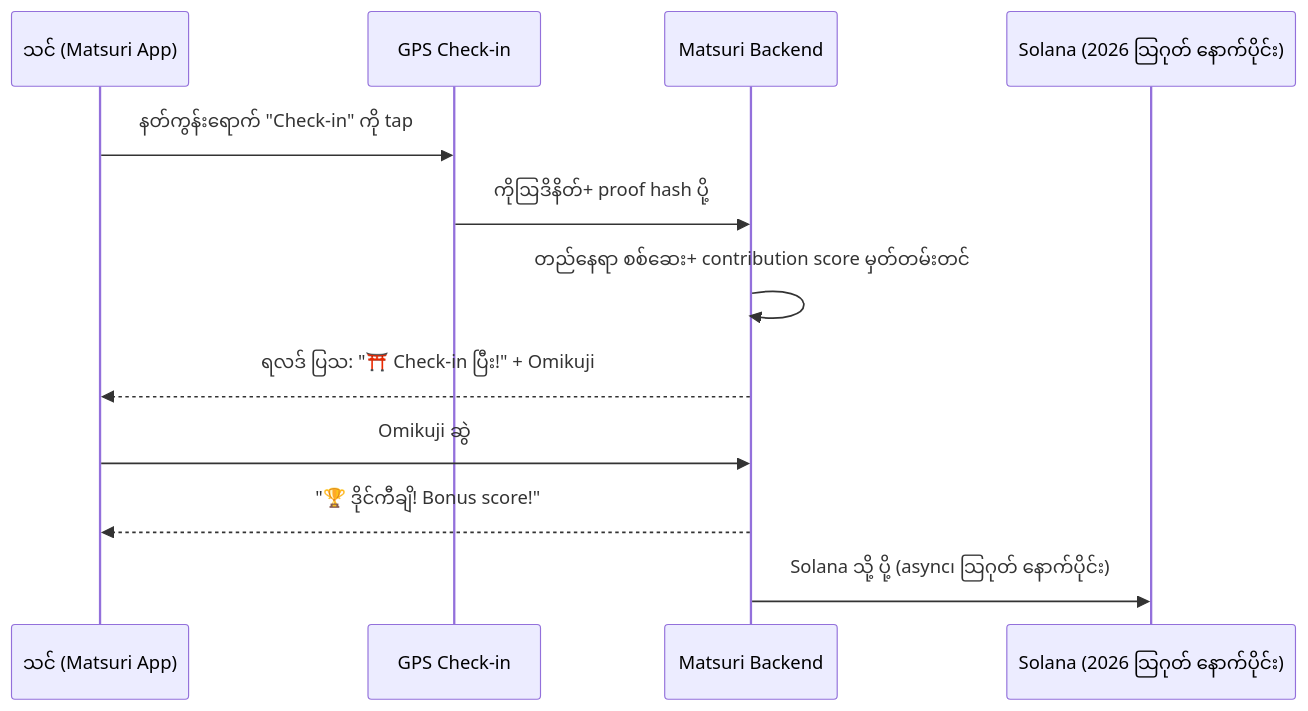
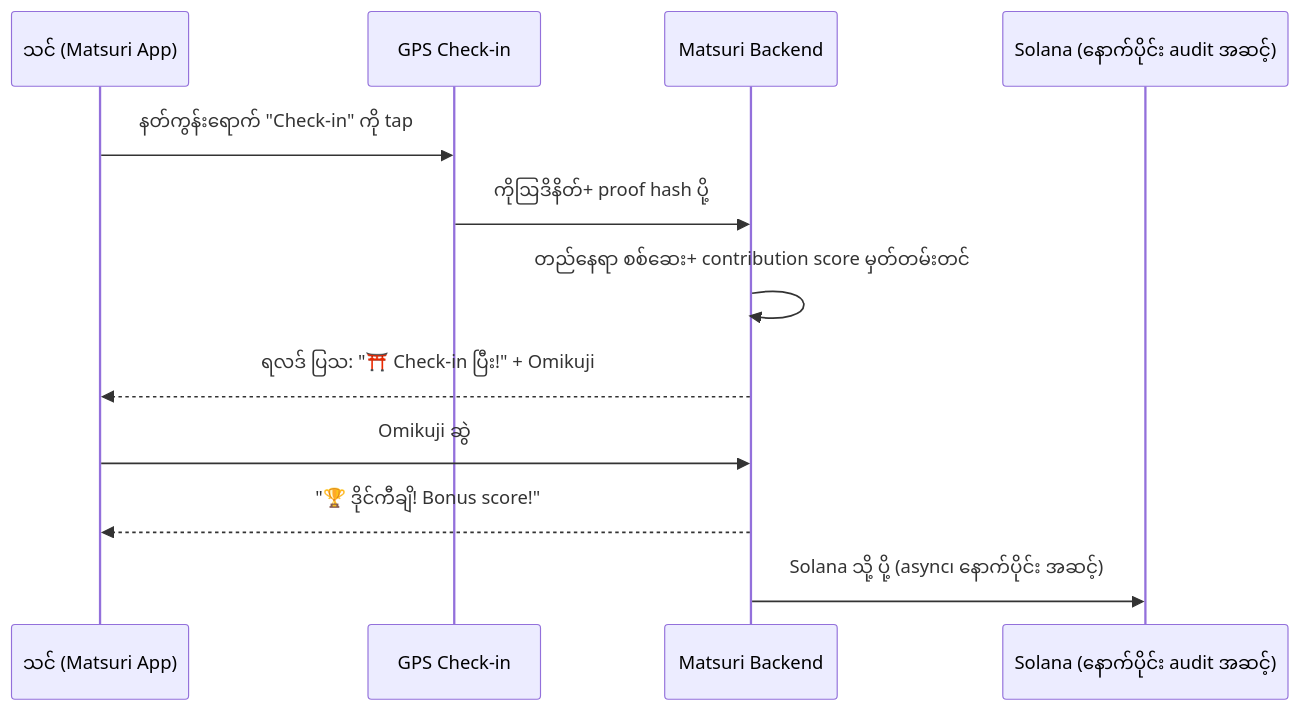
One commit to Cootakahashi/matsuri-dao-whitepaper changed the third of 4 diagrams in i18n/my/docusaurus-plugin-content-docs/current/04-mining.md. Above: the diagram before and after it, drawn with Mermaid. The commit also changed other lines of this file and 79 other files, not shown here.

First line of the commit message:
docs: re-sequence on-chain roadmap to match the staged Hashlock audit (20 locales)

````diff
--- a/i18n/my/docusaurus-plugin-content-docs/current/04-mining.md
+++ b/i18n/my/docusaurus-plugin-content-docs/current/04-mining.md
@@ -109,15 +109,15 @@
 ```mermaid
 sequenceDiagram
     participant U as သင် (Matsuri App)
     participant GPS as GPS Check-in
     participant API as Matsuri Backend
-    participant SC as Solana (2026 သြဂုတ် နောက်ပိုင်း)
+    participant SC as Solana (နောက်ပိုင်း audit အဆင့်)
 
     U->>GPS: နတ်ကွန်းရောက် "Check-in" ကို tap
     GPS->>API: ကိုဩဒိနိတ်+ proof hash ပို့
     API->>API: တည်နေရာ စစ်ဆေး+ contribution score မှတ်တမ်းတင်
     API-->>U: ရလဒ် ပြသ: "⛩️ Check-in ပြီး!" + Omikuji
     U->>API: Omikuji ဆွဲ
     API-->>U: "🏆 ဒိုင်ကီချိ! Bonus score!"
-    API->>SC: Solana သို့ ပို့ (async၊ သြဂုတ် နောက်ပိုင်း)
+    API->>SC: Solana သို့ ပို့ (async၊ နောက်ပိုင်း အဆင့်)
 ```
````
